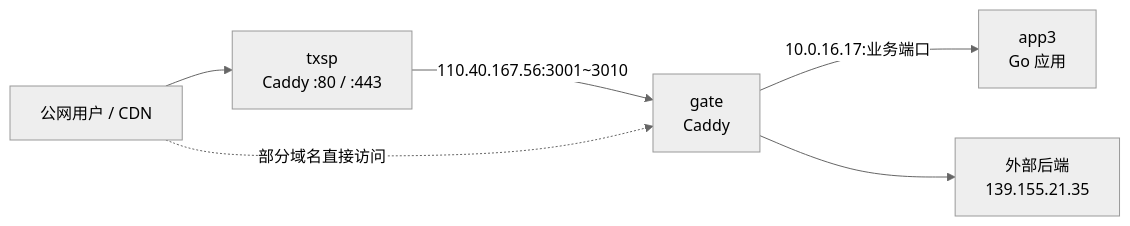
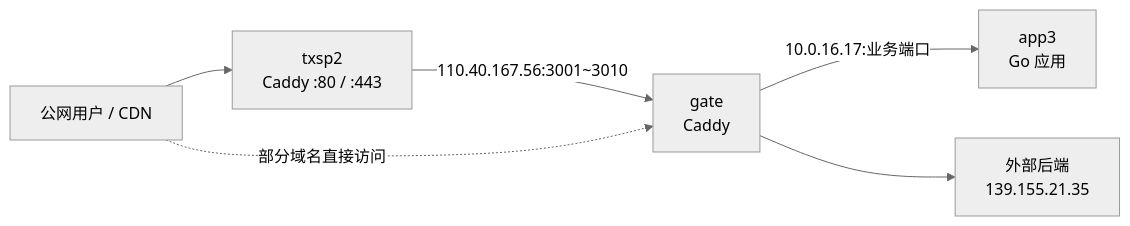
Before and after one commit to Xwudao/ai-workflow: the diagram in docs/online-reverse-proxy-topology.md, drawn with Mermaid (neutral theme). The commit also changed other lines of this file and 5 other files, not shown here.

````diff
--- a/docs/online-reverse-proxy-topology.md
+++ b/docs/online-reverse-proxy-topology.md
@@ -28,9 +31,9 @@
 ```mermaid
 flowchart LR
-    U[公网用户 / CDN] --> T[txsp\nCaddy :80 / :443]
+    U[公网用户 / CDN] --> T[txsp2\nCaddy :80 / :443]
     T -->|110.40.167.56:3001~3010| G[gate\nCaddy]
     G -->|10.0.16.17:业务端口| A[app3\nGo 应用]
 
     U -.部分域名直接访问.-> G
     G --> E[外部后端\n139.155.21.35]
 ```
````
